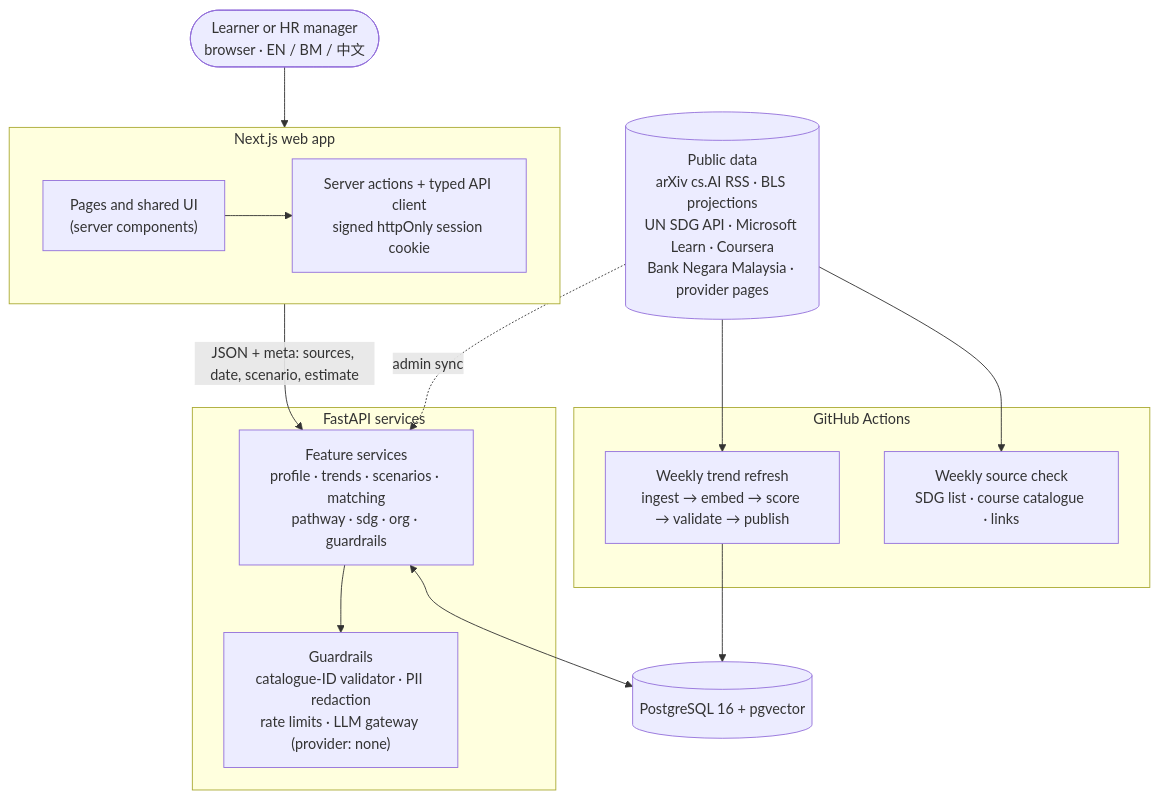
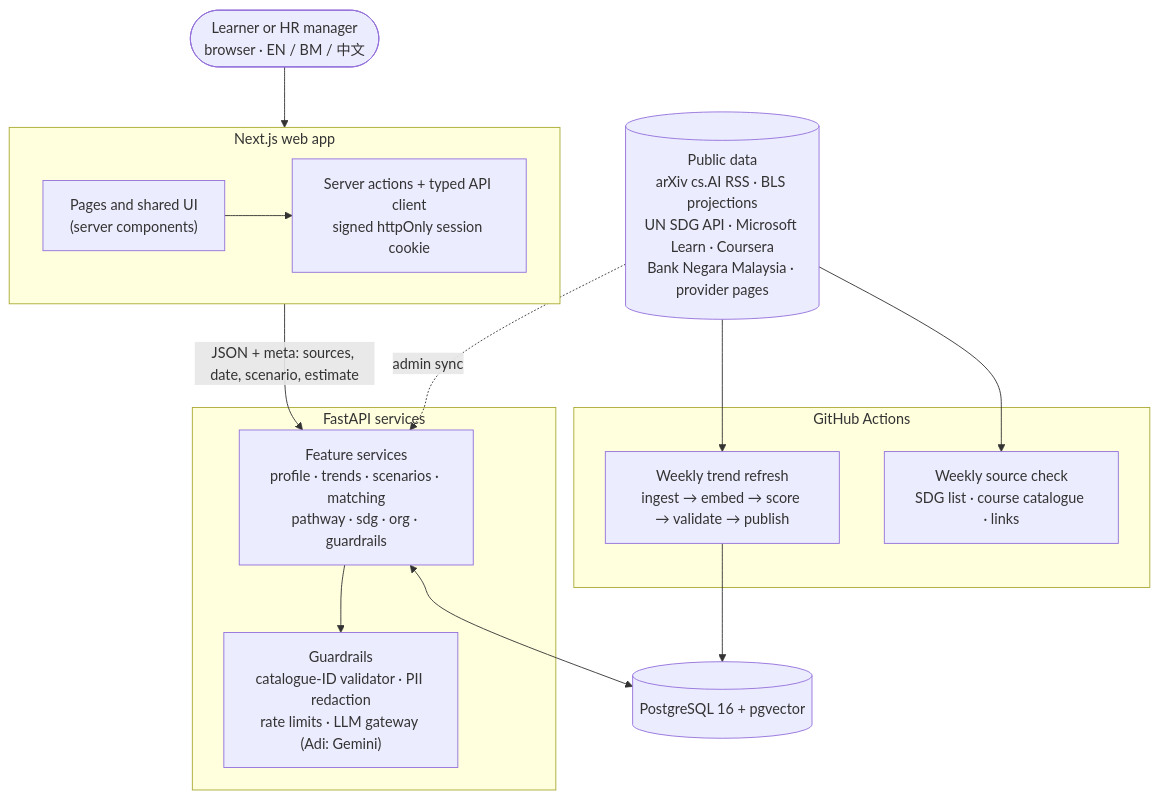
The first of 12 diagrams in README.md (pecel-lelele/adept), drawn with Mermaid before and after one commit. The commit also changed other lines of this file and 35 other files, not shown here.

````diff
--- a/README.md
+++ b/README.md
@@ -125,32 +125,32 @@
 ```mermaid
 flowchart TB
   user(["Learner or HR manager<br/>browser · EN / BM / 中文"])
 
   subgraph WEB["Next.js web app"]
     direction LR
     ui["Pages and shared UI<br/>(server components)"]
     bff["Server actions + typed API client<br/>signed httpOnly session cookie"]
   end
 
   subgraph API["FastAPI services"]
     feat["Feature services<br/>profile · trends · scenarios · matching<br/>pathway · sdg · org · guardrails"]
-    guard["Guardrails<br/>catalogue-ID validator · PII redaction<br/>rate limits · LLM gateway (provider: none)"]
+    guard["Guardrails<br/>catalogue-ID validator · PII redaction<br/>rate limits · LLM gateway (Adi: Gemini)"]
   end
 
   db[("PostgreSQL 16 + pgvector")]
 
   subgraph JOBS["GitHub Actions"]
     refresh["Weekly trend refresh<br/>ingest → embed → score → validate → publish"]
     check["Weekly source check<br/>SDG list · course catalogue · links"]
   end
 
   ext[("Public data<br/>arXiv cs.AI RSS · BLS projections<br/>UN SDG API · Microsoft Learn · Coursera<br/>Bank Negara Malaysia · provider pages")]
 
   user --> ui --> bff
   bff -- "JSON + meta: sources, date, scenario, estimate" --> feat
   feat --> guard
   feat <--> db
   ext --> refresh --> db
   ext --> check
   ext -. "admin sync" .-> feat
 ```
````
